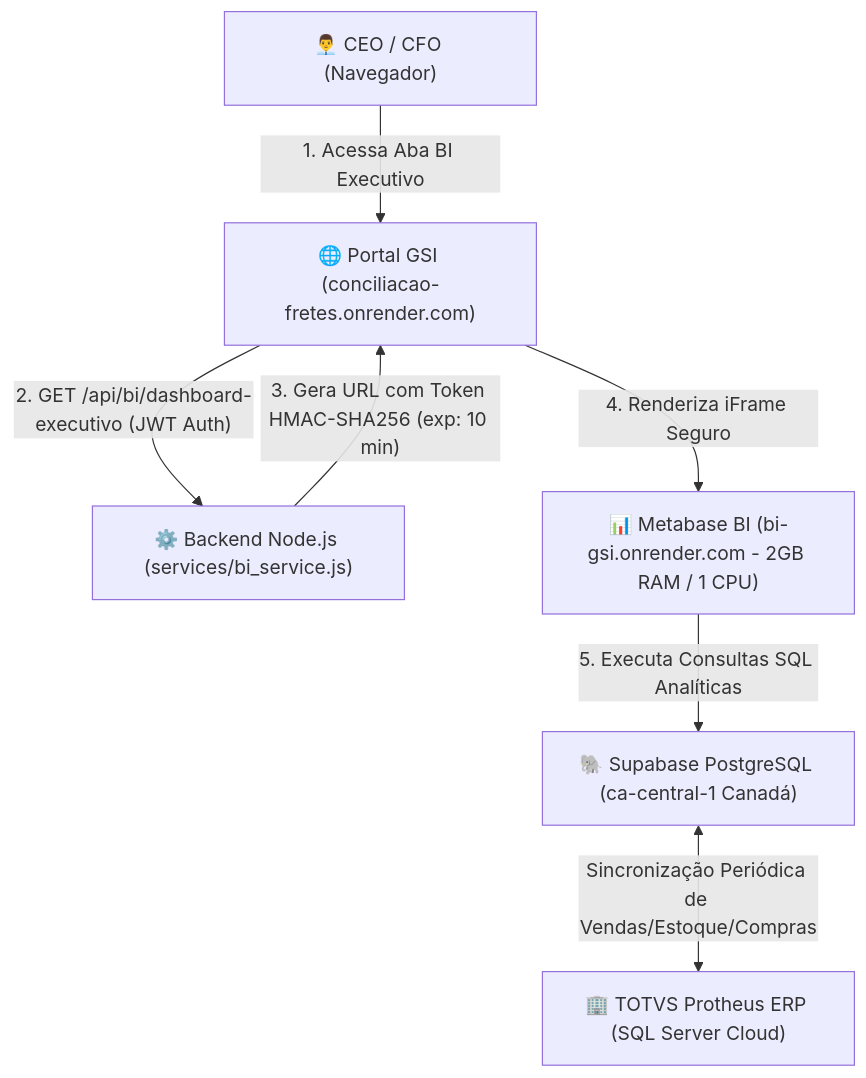
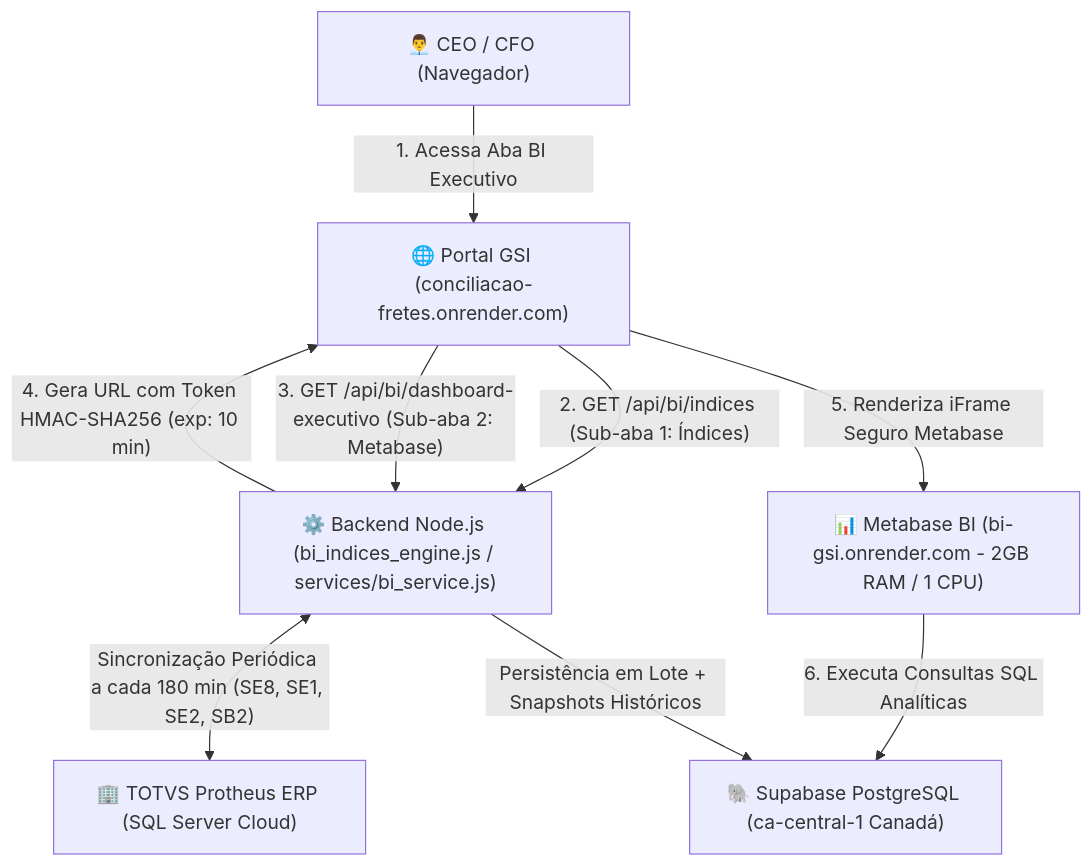
The first of 2 diagrams in docs/metabase/ARQUITETURA_BI_EXECUTIVO.md (cofresgoldsafe/conciliacao-fretes), drawn with Mermaid before and after one commit. The commit also changed other lines of this file and 2 other files, not shown here.

Commit message:
docs: adiciona manual tecnico de indices de liquidez e serie temporal historica

````diff
--- a/docs/metabase/ARQUITETURA_BI_EXECUTIVO.md
+++ b/docs/metabase/ARQUITETURA_BI_EXECUTIVO.md
@@ -24,16 +27,18 @@
 ```mermaid
 graph TD
     User["👨‍💼 CEO / CFO (Navegador)"]
     Portal["🌐 Portal GSI (conciliacao-fretes.onrender.com)"]
-    BackendNode["⚙️ Backend Node.js (services/bi_service.js)"]
+    BackendNode["⚙️ Backend Node.js (bi_indices_engine.js / services/bi_service.js)"]
     MetabaseApp["📊 Metabase BI (bi-gsi.onrender.com - 2GB RAM / 1 CPU)"]
     SupabaseDB["🐘 Supabase PostgreSQL (ca-central-1 Canadá)"]
     ProtheusERP["🏢 TOTVS Protheus ERP (SQL Server Cloud)"]
 
     User -->|"1. Acessa Aba BI Executivo"| Portal
-    Portal -->|"2. GET /api/bi/dashboard-executivo (JWT Auth)"| BackendNode
-    BackendNode -->|"3. Gera URL com Token HMAC-SHA256 (exp: 10 min)"| Portal
-    Portal -->|"4. Renderiza iFrame Seguro"| MetabaseApp
-    MetabaseApp -->|"5. Executa Consultas SQL Analíticas"| SupabaseDB
-    SupabaseDB <-->|"Sincronização Periódica de Vendas/Estoque/Compras"| ProtheusERP
+    Portal -->|"2. GET /api/bi/indices (Sub-aba 1: Índices)"| BackendNode
+    Portal -->|"3. GET /api/bi/dashboard-executivo (Sub-aba 2: Metabase)"| BackendNode
+    BackendNode -->|"4. Gera URL com Token HMAC-SHA256 (exp: 10 min)"| Portal
+    Portal -->|"5. Renderiza iFrame Seguro Metabase"| MetabaseApp
+    MetabaseApp -->|"6. Executa Consultas SQL Analíticas"| SupabaseDB
+    BackendNode <-->|"Sincronização Periódica a cada 180 min (SE8, SE1, SE2, SB2)"| ProtheusERP
+    BackendNode -->|"Persistência em Lote + Snapshots Históricos"| SupabaseDB
 ```
````
